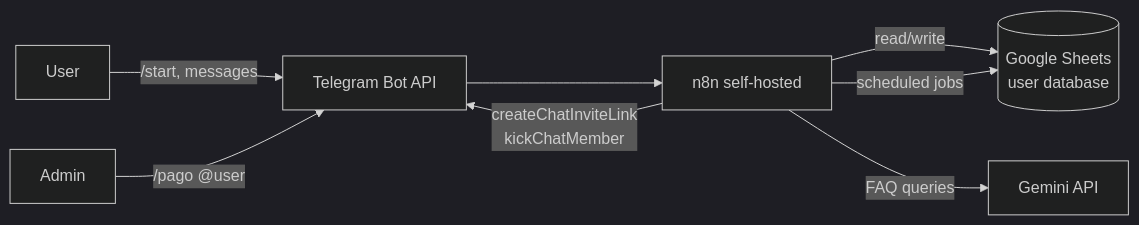
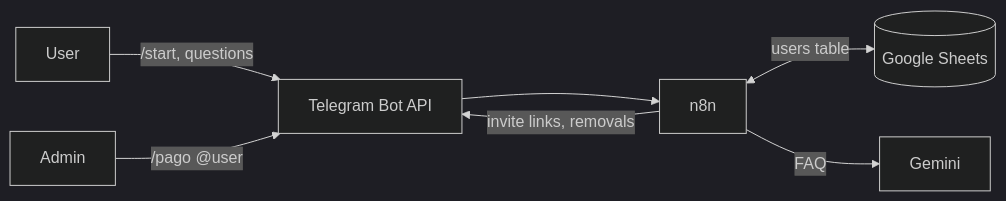
The diagram in README.md (ayrtongenovesi/telegram-membership-bot), drawn with Mermaid (dark theme) before and after one commit. The commit also changed other lines of this file and 1 other file, not shown here.

````diff
--- a/README.md
+++ b/README.md
@@ -34,10 +25,9 @@
 ```mermaid
 flowchart LR
-    U[User] -->|/start, messages| TG[Telegram Bot API]
-    TG --> N8N[n8n self-hosted]
-    N8N -->|read/write| GS[(Google Sheets<br/>user database)]
-    N8N -->|FAQ queries| GEM[Gemini API]
-    N8N -->|createChatInviteLink<br/>kickChatMember| TG
-    N8N -->|scheduled jobs| GS
+    U[User] -->|/start, questions| TG[Telegram Bot API]
+    TG --> N8N[n8n]
+    N8N <-->|users table| GS[(Google Sheets)]
+    N8N -->|FAQ| GEM[Gemini]
+    N8N -->|invite links, removals| TG
     A[Admin] -->|/pago @user| TG
 ```
````
